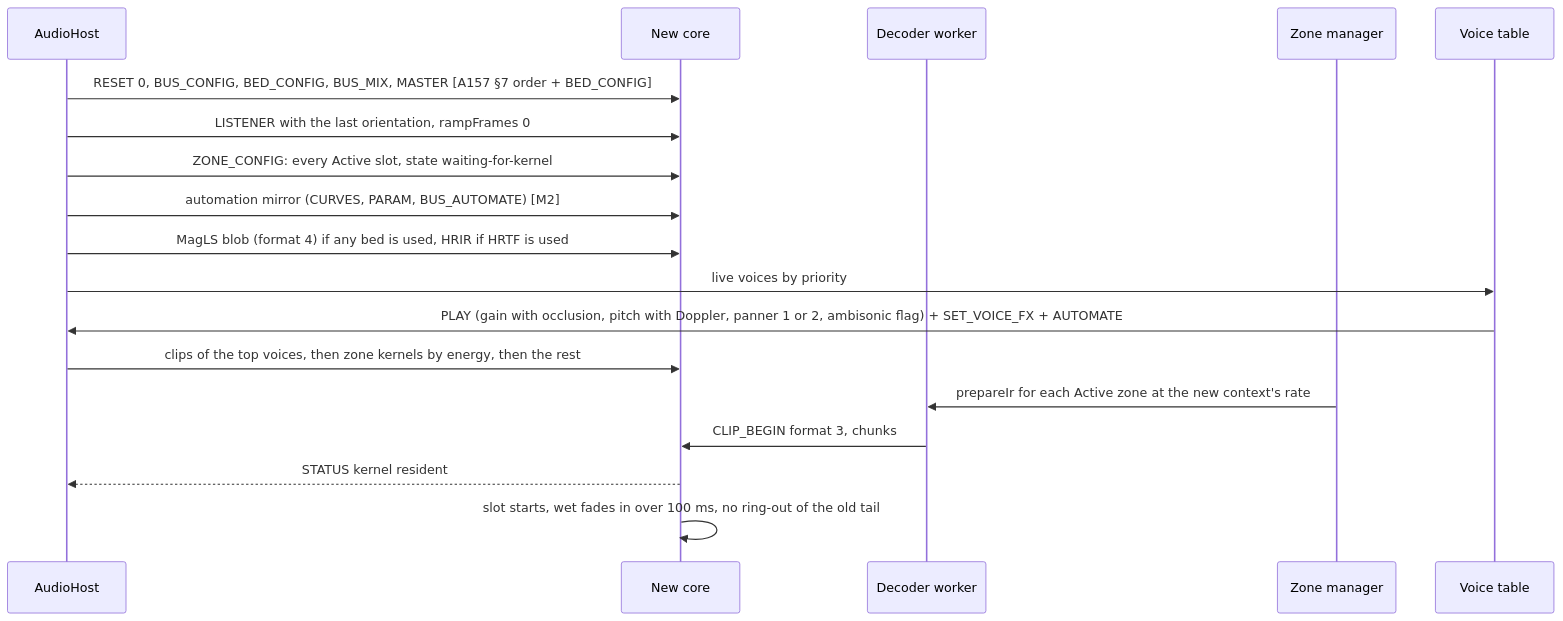
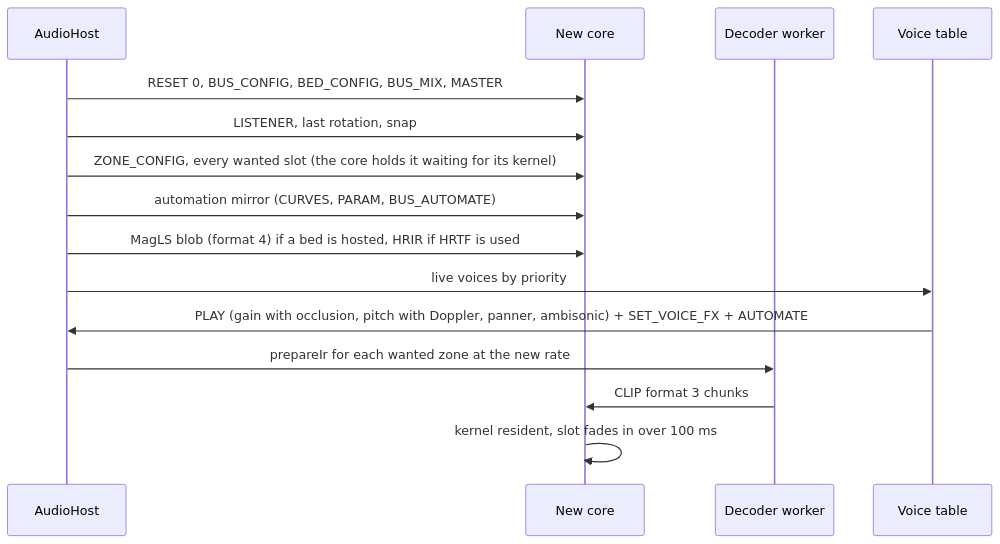
The eighth of 10 diagrams in docs/design/0162-audio-spatial/architecture.md (doughtnerd/TranquilityEngine), drawn with Mermaid before and after one commit. The commit also changed other lines of this file and 4 other files, not shown here.

````diff
--- a/docs/design/0162-audio-spatial/architecture.md
+++ b/docs/design/0162-audio-spatial/architecture.md
@@ -300,20 +330,17 @@
 ```mermaid
 sequenceDiagram
   participant H as AudioHost
   participant N as New core
   participant W as Decoder worker
-  participant Z as Zone manager
   participant T as Voice table
-  H->>N: RESET 0, BUS_CONFIG, BED_CONFIG, BUS_MIX, MASTER [A157 §7 order + BED_CONFIG]
-  H->>N: LISTENER with the last orientation, rampFrames 0
-  H->>N: ZONE_CONFIG: every Active slot, state waiting-for-kernel
-  H->>N: automation mirror (CURVES, PARAM, BUS_AUTOMATE) [M2]
-  H->>N: MagLS blob (format 4) if any bed is used, HRIR if HRTF is used
+  H->>N: RESET 0, BUS_CONFIG, BED_CONFIG, BUS_MIX, MASTER
+  H->>N: LISTENER, last rotation, snap
+  H->>N: ZONE_CONFIG, every wanted slot (the core holds it waiting for its kernel)
+  H->>N: automation mirror (CURVES, PARAM, BUS_AUTOMATE)
+  H->>N: MagLS blob (format 4) if a bed is hosted, HRIR if HRTF is used
   H->>T: live voices by priority
-  T->>H: PLAY (gain with occlusion, pitch with Doppler, panner 1 or 2, ambisonic flag) + SET_VOICE_FX + AUTOMATE
-  H->>N: clips of the top voices, then zone kernels by energy, then the rest
-  Z->>W: prepareIr for each Active zone at the new context's rate
-  W->>N: CLIP_BEGIN format 3, chunks
-  N-->>H: STATUS kernel resident
-  N->>N: slot starts, wet fades in over 100 ms, no ring-out of the old tail
+  T->>H: PLAY (gain with occlusion, pitch with Doppler, panner, ambisonic) + SET_VOICE_FX + AUTOMATE
+  H->>W: prepareIr for each wanted zone at the new rate
+  W->>N: CLIP format 3 chunks
+  N->>N: kernel resident, slot fades in over 100 ms
 ```
````
